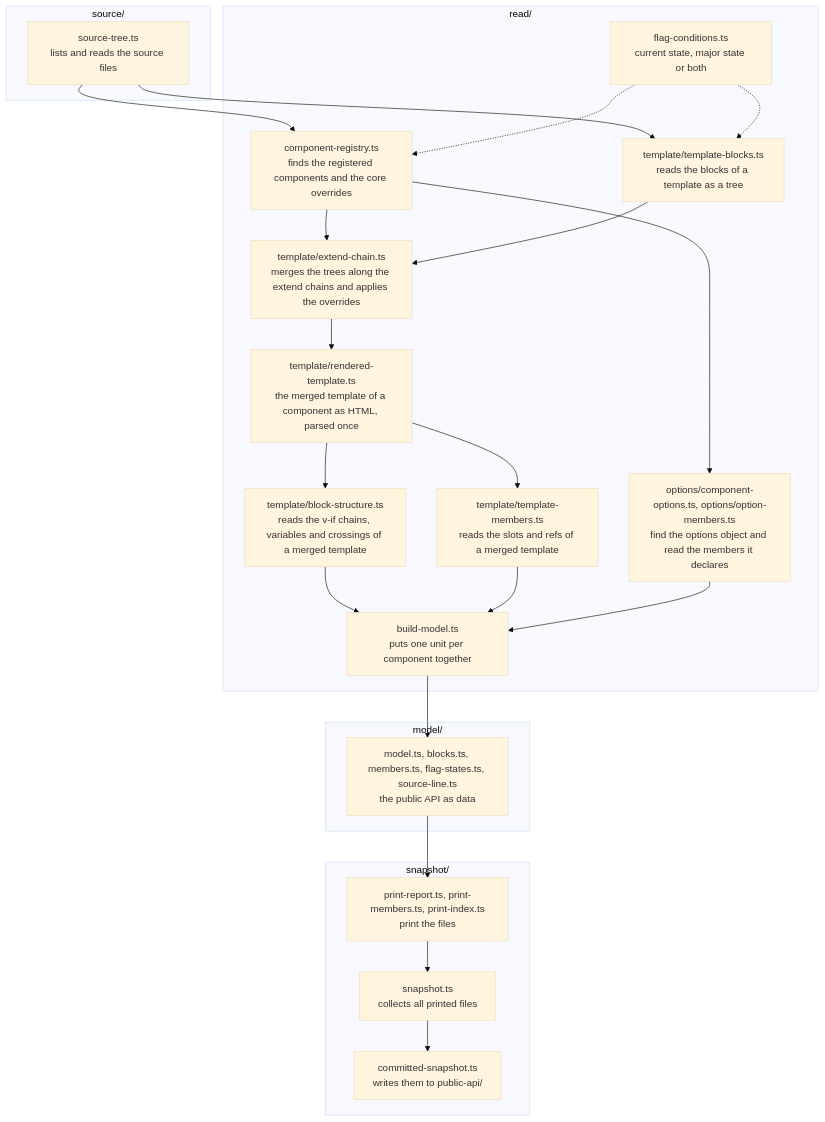
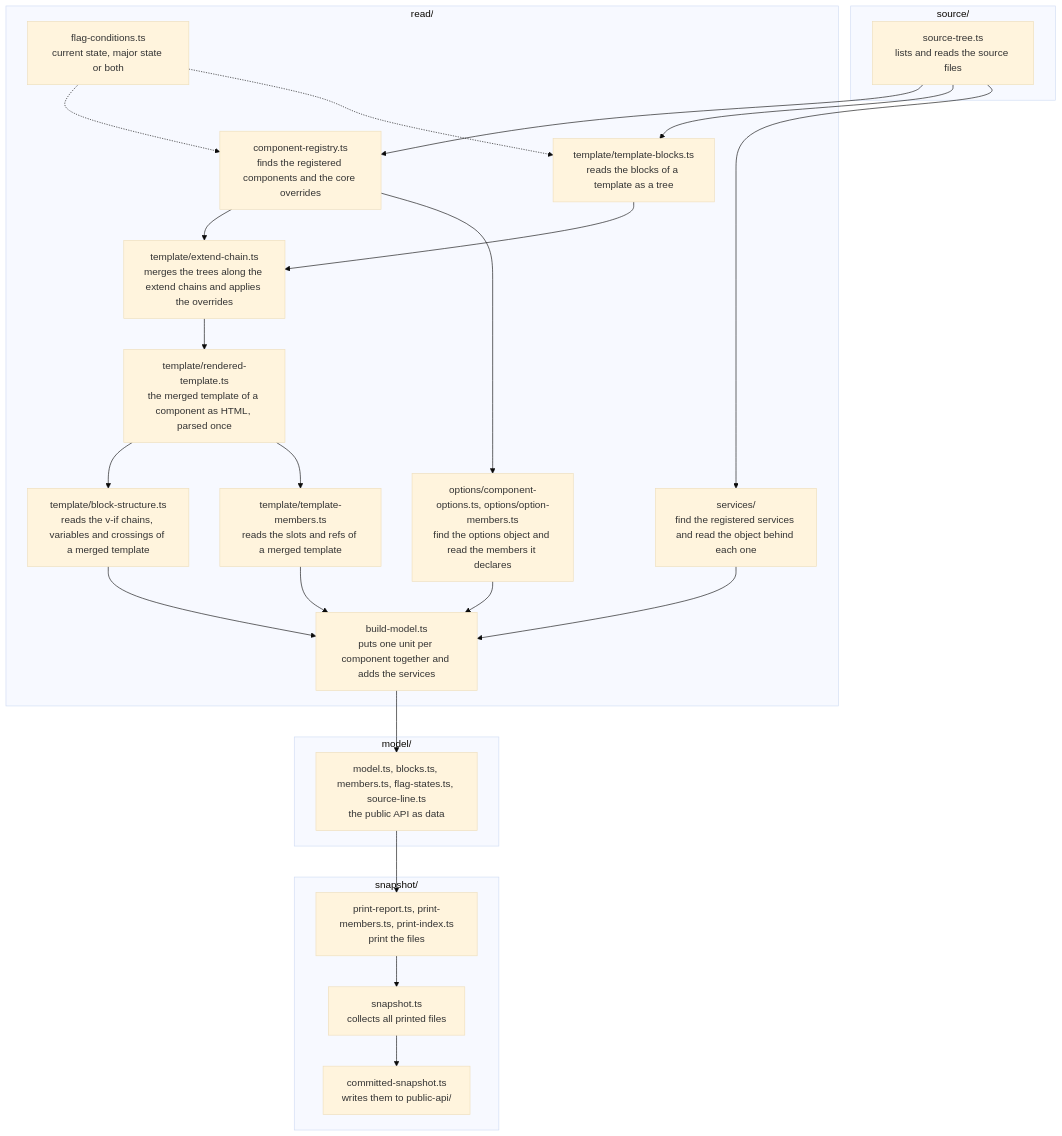
The first of 2 diagrams in src/Administration/Resources/app/administration/scripts/generate-public-api/README.md (shopware/shopware), drawn with Mermaid (base theme) before and after one commit. The commit also changed other lines of this file and 135 other files, not shown here.

````diff
--- a/src/Administration/Resources/app/administration/scripts/generate-public-api/README.md
+++ b/src/Administration/Resources/app/administration/scripts/generate-public-api/README.md
@@ -31,33 +31,35 @@
 ```mermaid
 flowchart TD
     subgraph source["source/"]
         tree["source-tree.ts<br/>lists and reads the source files"]
     end
     subgraph read["read/"]
         registry["component-registry.ts<br/>finds the registered components and the core overrides"]
         blocks["template/template-blocks.ts<br/>reads the blocks of a template as a tree"]
         chain["template/extend-chain.ts<br/>merges the trees along the extend chains and applies the overrides"]
         rendered["template/rendered-template.ts<br/>the merged template of a component as HTML, parsed once"]
         structure["template/block-structure.ts<br/>reads the v-if chains, variables and crossings of a merged template"]
         templateMembers["template/template-members.ts<br/>reads the slots and refs of a merged template"]
         options["options/component-options.ts, options/option-members.ts<br/>find the options object and read the members it declares"]
         flags["flag-conditions.ts<br/>current state, major state or both"]
-        build["build-model.ts<br/>puts one unit per component together"]
+        services["services/<br/>find the registered services and read the object behind each one"]
+        build["build-model.ts<br/>puts one unit per component together and adds the services"]
     end
     subgraph model["model/"]
         data["model.ts, blocks.ts, members.ts, flag-states.ts, source-line.ts<br/>the public API as data"]
     end
     subgraph snapshot["snapshot/"]
         printers["print-report.ts, print-members.ts, print-index.ts<br/>print the files"]
         files["snapshot.ts<br/>collects all printed files"]
         committed["committed-snapshot.ts<br/>writes them to public-api/"]
     end
 
     tree --> registry --> chain
     tree --> blocks --> chain --> rendered --> structure --> build
     rendered --> templateMembers --> build
     registry --> options --> build
+    tree --> services --> build
     flags -.-> registry
     flags -.-> blocks
     build --> data --> printers --> files --> committed
 ```
````
